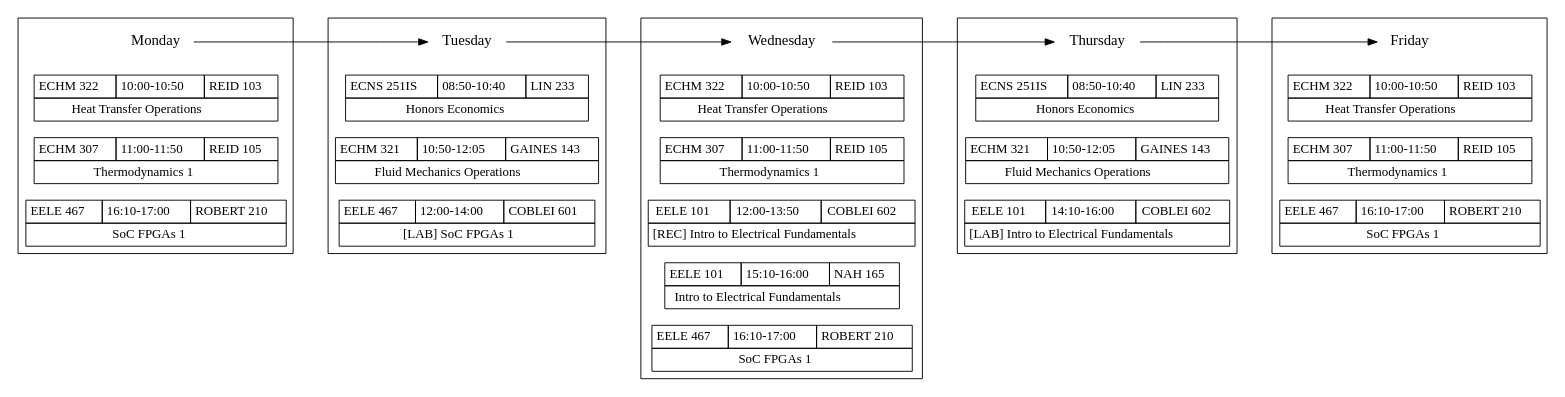
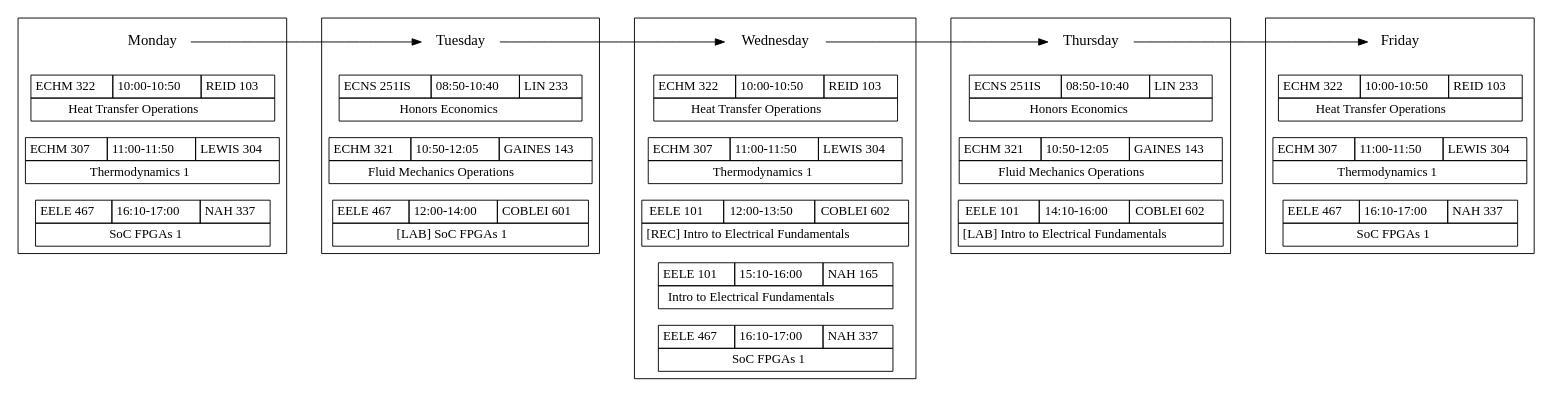
Before and after one commit to w-culhane/schedule-flowchart: the diagram in schedule_3-junior-sem-1-fall.gv, drawn with Graphviz.

Commit message:
Update class locations

```diff
--- a/schedule_3-junior-sem-1-fall.gv
+++ b/schedule_3-junior-sem-1-fall.gv
@@ -1,198 +1,198 @@
 digraph schedule {
     ranksep=.75; rankdir=LR; splines=false;
 
     {node [shape=plaintext,fontsize=16];
         "Monday" -> "Tuesday" -> "Wednesday" -> "Thursday"
         -> "Friday";
     }
 
     {node [shape=none, margin=0]
         subgraph clustermonday { rank = same; "Monday"; "ECHM322-m"; "ECHM307-m"; "EELE467-m"; }
     }
 
     "ECHM322-m" [label=<
     <TABLE BORDER="0" CELLBORDER="1" CELLSPACING="0" CELLPADDING="4">
     <TR>
     <TD>ECHM 322</TD>
     <TD>10:00-10:50</TD>
     <TD>REID 103</TD>
     </TR>
     <TR><TD COLSPAN="3">Heat Transfer Operations</TD></TR>
     </TABLE>>];
 
     "ECHM307-m" [label=<
     <TABLE BORDER="0" CELLBORDER="1" CELLSPACING="0" CELLPADDING="4">
     <TR>
     <TD>ECHM 307</TD>
     <TD>11:00-11:50</TD>
-    <TD>REID 105</TD>
+    <TD>LEWIS 304</TD>
     </TR>
     <TR><TD COLSPAN="3">Thermodynamics 1</TD></TR>
     </TABLE>>];
 
     "EELE467-m" [label=<
     <TABLE BORDER="0" CELLBORDER="1" CELLSPACING="0" CELLPADDING="4">
     <TR>
     <TD>EELE 467</TD>
     <TD>16:10-17:00</TD>
-    <TD>ROBERT 210</TD>
+    <TD>NAH 337</TD>
     </TR>
     <TR><TD COLSPAN="3">SoC FPGAs 1</TD></TR>
     </TABLE>>];
 
     {node [shape=none, margin=0]
         subgraph clustertuesday { rank = same; "Tuesday"; "ECNS251IS-t"; "ECHM321-t"; "EELE467-t-lab"}
     }
 
     "ECNS251IS-t" [label=<
     <TABLE BORDER="0" CELLBORDER="1" CELLSPACING="0" CELLPADDING="4">
     <TR>
     <TD>ECNS 251IS</TD>
     <TD>08:50-10:40</TD>
     <TD>LIN 233</TD>
     </TR>
     <TR><TD COLSPAN="3">Honors Economics</TD></TR>
     </TABLE>>];
 
     "ECHM321-t" [label=<
     <TABLE BORDER="0" CELLBORDER="1" CELLSPACING="0" CELLPADDING="4">
     <TR>
     <TD>ECHM 321</TD>
     <TD>10:50-12:05</TD>
     <TD>GAINES 143</TD>
     </TR>
     <TR><TD COLSPAN="3">Fluid Mechanics Operations</TD></TR>
     </TABLE>>];
 
     "EELE467-t-lab" [label=<
     <TABLE BORDER="0" CELLBORDER="1" CELLSPACING="0" CELLPADDING="4">
     <TR>
     <TD>EELE 467</TD>
     <TD>12:00-14:00</TD>
     <TD>COBLEI 601</TD>
     </TR>
     <TR><TD COLSPAN="3">[LAB] SoC FPGAs 1</TD></TR>
     </TABLE>>];
 
     {node [shape=none, margin=0]
         subgraph clusterwednesday { rank = same; "Wednesday"; "ECHM322-w"; "ECHM307-w"; "EELE101-w-rec"; "EELE101-w"; "EELE467-w"; }
     }
 
     "ECHM322-w" [label=<
     <TABLE BORDER="0" CELLBORDER="1" CELLSPACING="0" CELLPADDING="4">
     <TR>
     <TD>ECHM 322</TD>
     <TD>10:00-10:50</TD>
     <TD>REID 103</TD>
     </TR>
     <TR><TD COLSPAN="3">Heat Transfer Operations</TD></TR>
     </TABLE>>];
 
     "ECHM307-w" [label=<
     <TABLE BORDER="0" CELLBORDER="1" CELLSPACING="0" CELLPADDING="4">
     <TR>
     <TD>ECHM 307</TD>
     <TD>11:00-11:50</TD>
-    <TD>REID 105</TD>
+    <TD>LEWIS 304</TD>
     </TR>
     <TR><TD COLSPAN="3">Thermodynamics 1</TD></TR>
     </TABLE>>];
 
     "EELE101-w-rec" [label=<
     <TABLE BORDER="0" CELLBORDER="1" CELLSPACING="0" CELLPADDING="4">
     <TR>
     <TD>EELE 101</TD>
     <TD>12:00-13:50</TD>
     <TD>COBLEI 602</TD>
     </TR>
     <TR><TD COLSPAN="3">[REC] Intro to Electrical Fundamentals</TD></TR>
     </TABLE>>];
 
     "EELE101-w" [label=<
     <TABLE BORDER="0" CELLBORDER="1" CELLSPACING="0" CELLPADDING="4">
     <TR>
     <TD>EELE 101</TD>
     <TD>15:10-16:00</TD>
     <TD>NAH 165</TD>
     </TR>
     <TR><TD COLSPAN="3">Intro to Electrical Fundamentals</TD></TR>
     </TABLE>>];
 
     "EELE467-w" [label=<
     <TABLE BORDER="0" CELLBORDER="1" CELLSPACING="0" CELLPADDING="4">
     <TR>
     <TD>EELE 467</TD>
     <TD>16:10-17:00</TD>
-    <TD>ROBERT 210</TD>
+    <TD>NAH 337</TD>
     </TR>
     <TR><TD COLSPAN="3">SoC FPGAs 1</TD></TR>
     </TABLE>>];
 
     {node [shape=none, margin=0]
         subgraph clusterthursday { rank = same; "Thursday"; "ECNS251IS-r"; "ECHM321-r"; "EELE101-r-lab"; }
     }
 
     "ECNS251IS-r" [label=<
     <TABLE BORDER="0" CELLBORDER="1" CELLSPACING="0" CELLPADDING="4">
     <TR>
     <TD>ECNS 251IS</TD>
     <TD>08:50-10:40</TD>
     <TD>LIN 233</TD>
     </TR>
     <TR><TD COLSPAN="3">Honors Economics</TD></TR>
     </TABLE>>];
 
     "ECHM321-r" [label=<
     <TABLE BORDER="0" CELLBORDER="1" CELLSPACING="0" CELLPADDING="4">
     <TR>
     <TD>ECHM 321</TD>
     <TD>10:50-12:05</TD>
     <TD>GAINES 143</TD>
     </TR>
     <TR><TD COLSPAN="3">Fluid Mechanics Operations</TD></TR>
     </TABLE>>];
 
     "EELE101-r-lab" [label=<
     <TABLE BORDER="0" CELLBORDER="1" CELLSPACING="0" CELLPADDING="4">
     <TR>
     <TD>EELE 101</TD>
     <TD>14:10-16:00</TD>
     <TD>COBLEI 602</TD>
     </TR>
     <TR><TD COLSPAN="3">[LAB] Intro to Electrical Fundamentals</TD></TR>
     </TABLE>>];
 
     {node [shape=none, margin=0]
         subgraph clusterfriday { rank = same; "Friday"; "ECHM322-f"; "ECHM307-f"; "EELE467-f"; }
     }
 
     "ECHM322-f" [label=<
     <TABLE BORDER="0" CELLBORDER="1" CELLSPACING="0" CELLPADDING="4">
     <TR>
     <TD>ECHM 322</TD>
     <TD>10:00-10:50</TD>
     <TD>REID 103</TD>
     </TR>
     <TR><TD COLSPAN="3">Heat Transfer Operations</TD></TR>
     </TABLE>>];
 
     "ECHM307-f" [label=<
     <TABLE BORDER="0" CELLBORDER="1" CELLSPACING="0" CELLPADDING="4">
     <TR>
     <TD>ECHM 307</TD>
     <TD>11:00-11:50</TD>
-    <TD>REID 105</TD>
+    <TD>LEWIS 304</TD>
     </TR>
     <TR><TD COLSPAN="3">Thermodynamics 1</TD></TR>
     </TABLE>>];
 
     "EELE467-f" [label=<
     <TABLE BORDER="0" CELLBORDER="1" CELLSPACING="0" CELLPADDING="4">
     <TR>
     <TD>EELE 467</TD>
     <TD>16:10-17:00</TD>
-    <TD>ROBERT 210</TD>
+    <TD>NAH 337</TD>
     </TR>
     <TR><TD COLSPAN="3">SoC FPGAs 1</TD></TR>
     </TABLE>>];
 }
```
